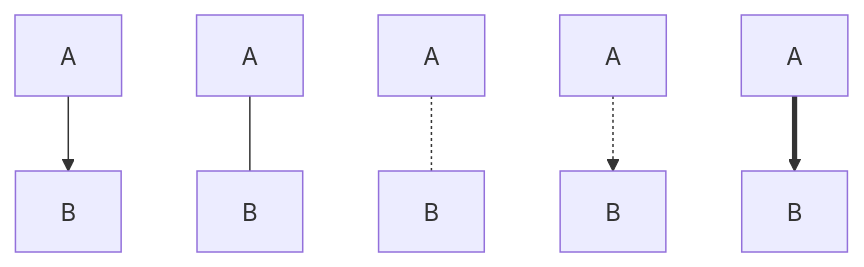
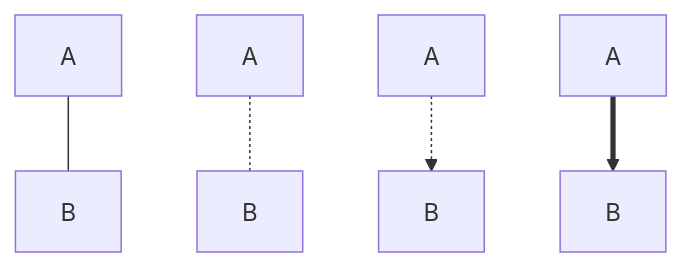
The second of 5 diagrams in Language/Markdown/2021-11-16-基本语法.md (dmjcb/SelfBlog), drawn with Mermaid before and after one commit. The commit also changed other lines of this file and 224 other files, not shown here.

````diff
--- a/Language/Markdown/2021-11-16-基本语法.md
+++ b/Language/Markdown/2021-11-16-基本语法.md
@@ -113,8 +112,7 @@
 ```mermaid
 graph TB;
-    A[A]-->B[B]
     A1[A]---B1[B]
     A4[A] -.- B4[B] 
     A5[A] -.-> B5[B] 
     A7[A] ==> B7[B] 
 ```
````
